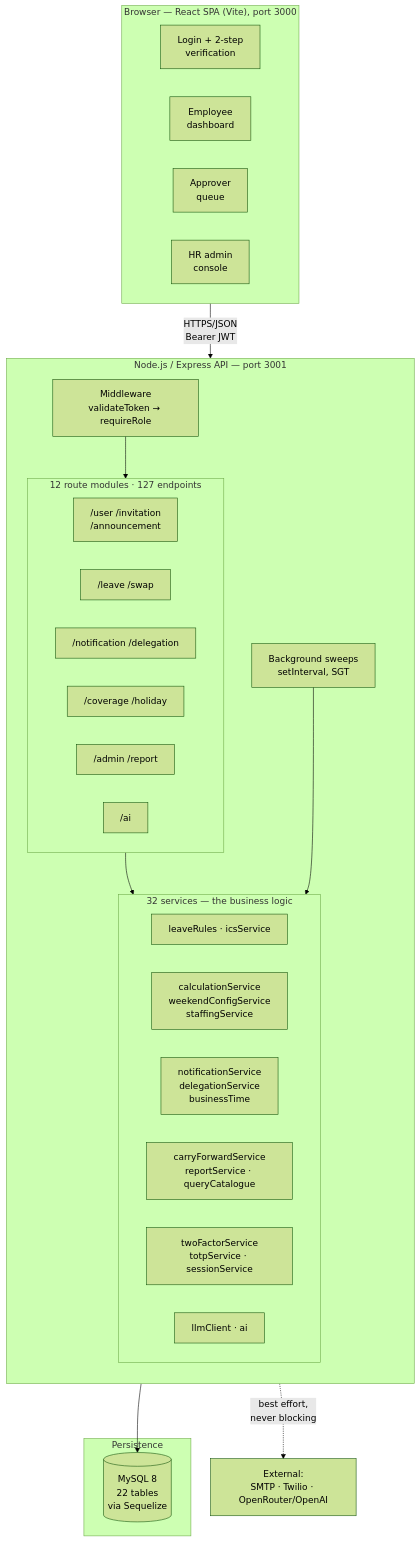
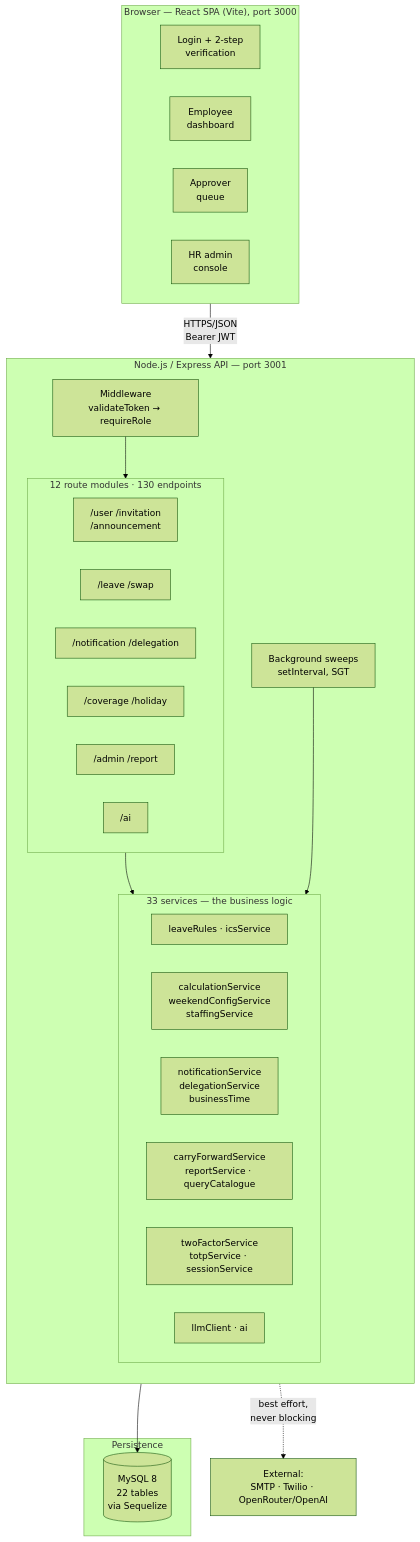
Before and after one commit to NotNinjaMine/fullstack-project: the first of 4 diagrams in docs/architecture.md, drawn with Mermaid (forest theme). The commit also changed other lines of this file and 8 other files, not shown here.

First line of the commit message:
docs: group README, architecture and per-member docs updated for the BOSS chain

````diff
--- a/docs/architecture.md
+++ b/docs/architecture.md
@@ -29,45 +34,45 @@
 ```mermaid
 flowchart TB
     subgraph client["Browser — React SPA (Vite), port 3000"]
         direction LR
         LOGIN["Login + 2-step<br/>verification"]
         EMP["Employee<br/>dashboard"]
         APP["Approver<br/>queue"]
         ADM["HR admin<br/>console"]
     end
 
     subgraph api["Node.js / Express API — port 3001"]
         direction TB
         MW["Middleware<br/>validateToken → requireRole"]
-        subgraph routes["12 route modules · 127 endpoints"]
+        subgraph routes["12 route modules · 130 endpoints"]
             R1["/user /invitation<br/>/announcement"]
             R2["/leave /swap"]
             R3["/notification /delegation"]
             R4["/coverage /holiday"]
             R5["/admin /report"]
             R6["/ai"]
         end
-        subgraph svc["32 services — the business logic"]
+        subgraph svc["33 services — the business logic"]
             S1["leaveRules · icsService"]
             S2["calculationService<br/>weekendConfigService<br/>staffingService"]
             S3["notificationService<br/>delegationService<br/>businessTime"]
             S4["carryForwardService<br/>reportService · queryCatalogue"]
             S5["twoFactorService<br/>totpService · sessionService"]
             S6["llmClient · ai"]
         end
         JOBS["Background sweeps<br/>setInterval, SGT"]
     end
 
     subgraph data["Persistence"]
         DB[("MySQL 8<br/>22 tables<br/>via Sequelize")]
     end
 
     EXT["External:<br/>SMTP · Twilio · OpenRouter/OpenAI"]
 
     client -->|"HTTPS/JSON<br/>Bearer JWT"| MW
     MW --> routes
     routes --> svc
     svc --> DB
     JOBS --> svc
     svc -.->|"best effort,<br/>never blocking"| EXT
 ```
````
